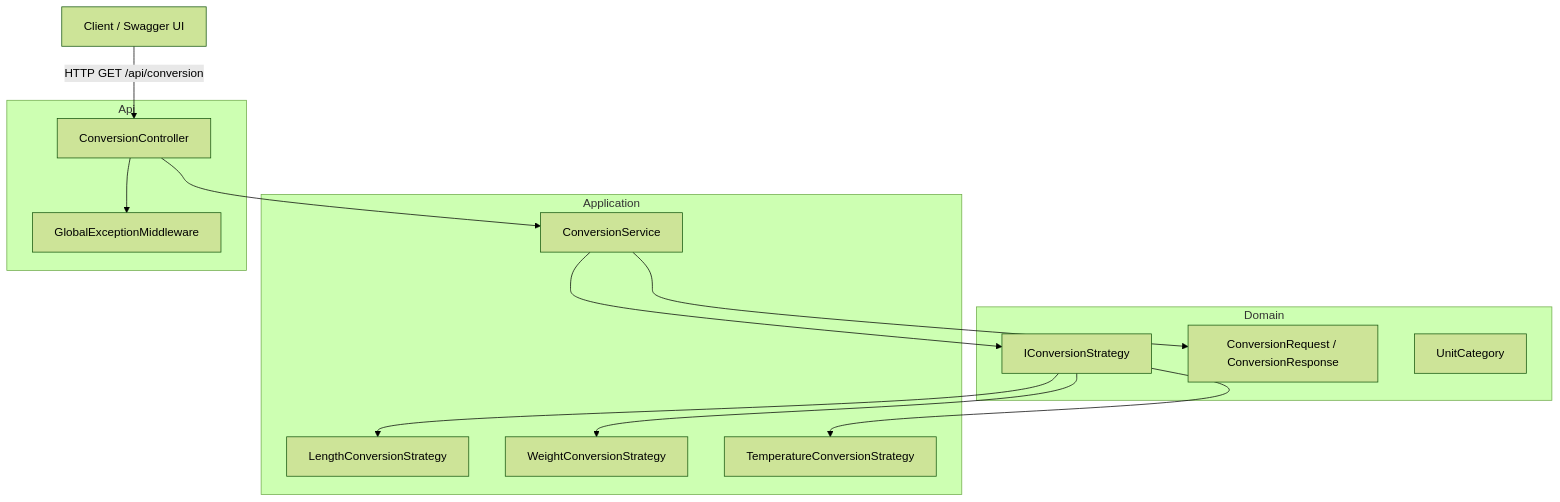
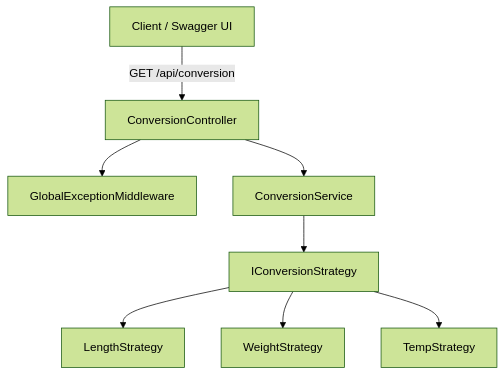
The diagram in README.md (abdhadge/Unit-Conversion-API), drawn with Mermaid (forest theme) before and after one commit. The commit also changed other lines of this file, not shown here.

````diff
--- a/README.md
+++ b/README.md
@@ -46,29 +48,10 @@
 ```mermaid
 graph TD
-    Client[Client / Swagger UI] -->|HTTP GET /api/conversion| Controller[ConversionController]
+    Client[Client / Swagger UI] -->|GET /api/conversion| Controller[ConversionController]
     Controller --> Middleware[GlobalExceptionMiddleware]
     Controller --> Service[ConversionService]
     Service --> StrategyInterface[IConversionStrategy]
-    StrategyInterface --> LengthStrategy[LengthConversionStrategy]
-    StrategyInterface --> WeightStrategy[WeightConversionStrategy]
-    StrategyInterface --> TempStrategy[TemperatureConversionStrategy]
-    Service --> Models[ConversionRequest / ConversionResponse]
-
-    subgraph Domain
-        StrategyInterface
-        Models
-        Enums[UnitCategory]
-    end
-
-    subgraph Application
-        Service
-        LengthStrategy
-        WeightStrategy
-        TempStrategy
-    end
-
-    subgraph Api
-        Controller
-        Middleware
-    end
+    StrategyInterface --> LengthStrategy
+    StrategyInterface --> WeightStrategy
+    StrategyInterface --> TempStrategy
 ```
````
